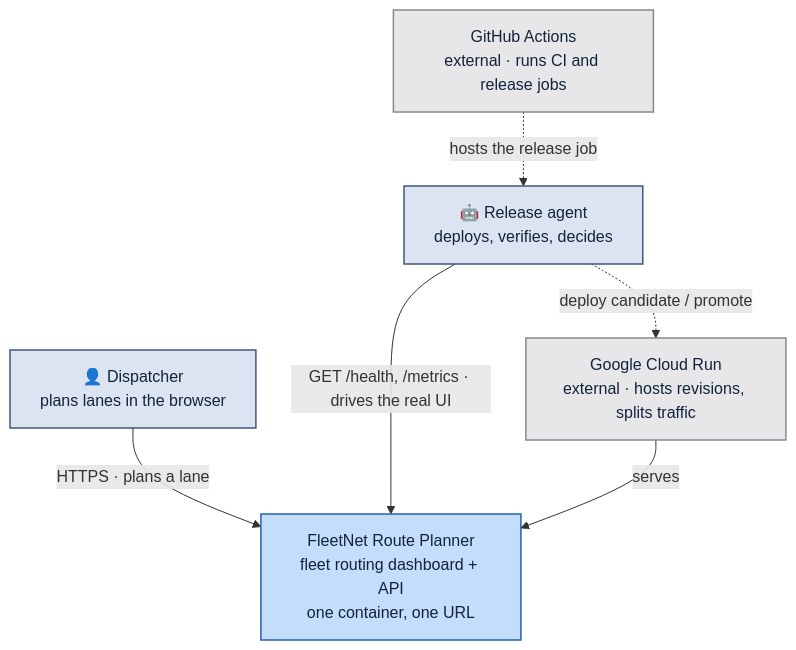
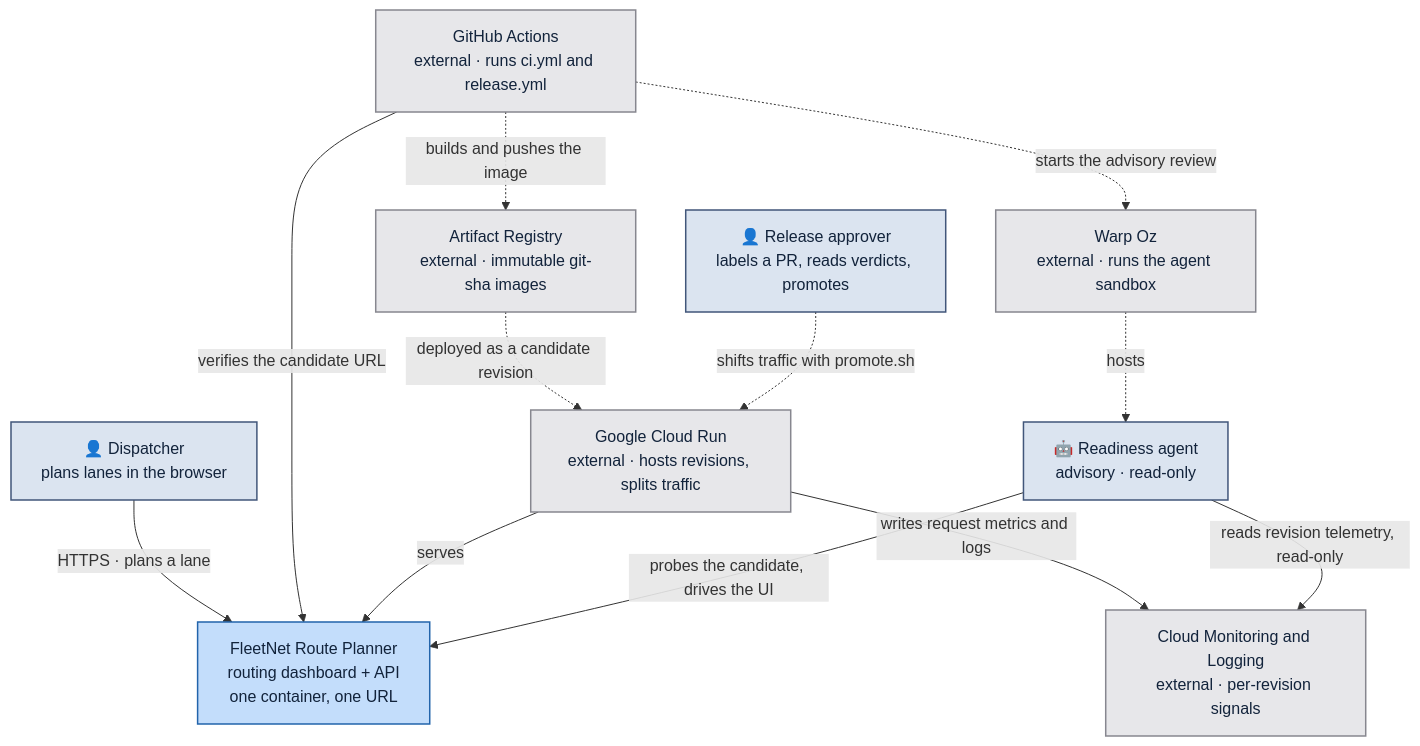
The second of 8 diagrams in ARCHITECTURE.md (TryHarder01/release-agent-demo), drawn with Mermaid before and after one commit. The commit also changed other lines of this file, not shown here.

First line of the commit message:
Refresh ARCHITECTURE.md against the live release path

````diff
--- a/ARCHITECTURE.md
+++ b/ARCHITECTURE.md
@@ -76,23 +77,33 @@
 ```mermaid
 flowchart TB
     dispatcher["👤 Dispatcher\nplans lanes in the browser"]
-    agent["🤖 Release agent\ndeploys, verifies, decides"]
+    approver["👤 Release approver\nlabels a PR, reads verdicts, promotes"]
+    reviewer["🤖 Readiness agent\nadvisory · read-only"]
 
-    fleetnet["FleetNet Route Planner\nfleet routing dashboard + API\none container, one URL"]
+    fleetnet["FleetNet Route Planner\nrouting dashboard + API\none container, one URL"]
 
-    gha["GitHub Actions\nexternal · runs CI and release jobs"]
+    gha["GitHub Actions\nexternal · runs ci.yml and release.yml"]
+    ar["Artifact Registry\nexternal · immutable git-sha images"]
     run["Google Cloud Run\nexternal · hosts revisions, splits traffic"]
+    obs["Cloud Monitoring and Logging\nexternal · per-revision signals"]
+    oz["Warp Oz\nexternal · runs the agent sandbox"]
 
     dispatcher -->|"HTTPS · plans a lane"| fleetnet
-    agent -->|"GET /health, /metrics · drives the real UI"| fleetnet
-    agent -.->|"deploy candidate / promote"| run
-    gha -.->|"hosts the release job"| agent
+    gha -->|"verifies the candidate URL"| fleetnet
+    gha -.->|"builds and pushes the image"| ar
+    ar -.->|"deployed as a candidate revision"| run
     run -->|"serves"| fleetnet
+    run -->|"writes request metrics and logs"| obs
+    gha -.->|"starts the advisory review"| oz
+    oz -.->|"hosts"| reviewer
+    reviewer -->|"probes the candidate, drives the UI"| fleetnet
+    reviewer -->|"reads revision telemetry, read-only"| obs
+    approver -.->|"shifts traffic with promote.sh"| run
 
     classDef actor    fill:#dbe4f0,stroke:#41567a,stroke-width:1.5px,color:#12233b
     classDef owned    fill:#c3ddfb,stroke:#2264ab,stroke-width:1.5px,color:#12233b
     classDef external fill:#e7e7ea,stroke:#87878f,stroke-width:1.5px,color:#12233b
-    class dispatcher,agent actor
+    class dispatcher,approver,reviewer actor
     class fleetnet owned
-    class gha,run external
+    class gha,ar,run,obs,oz external
 ```
````
